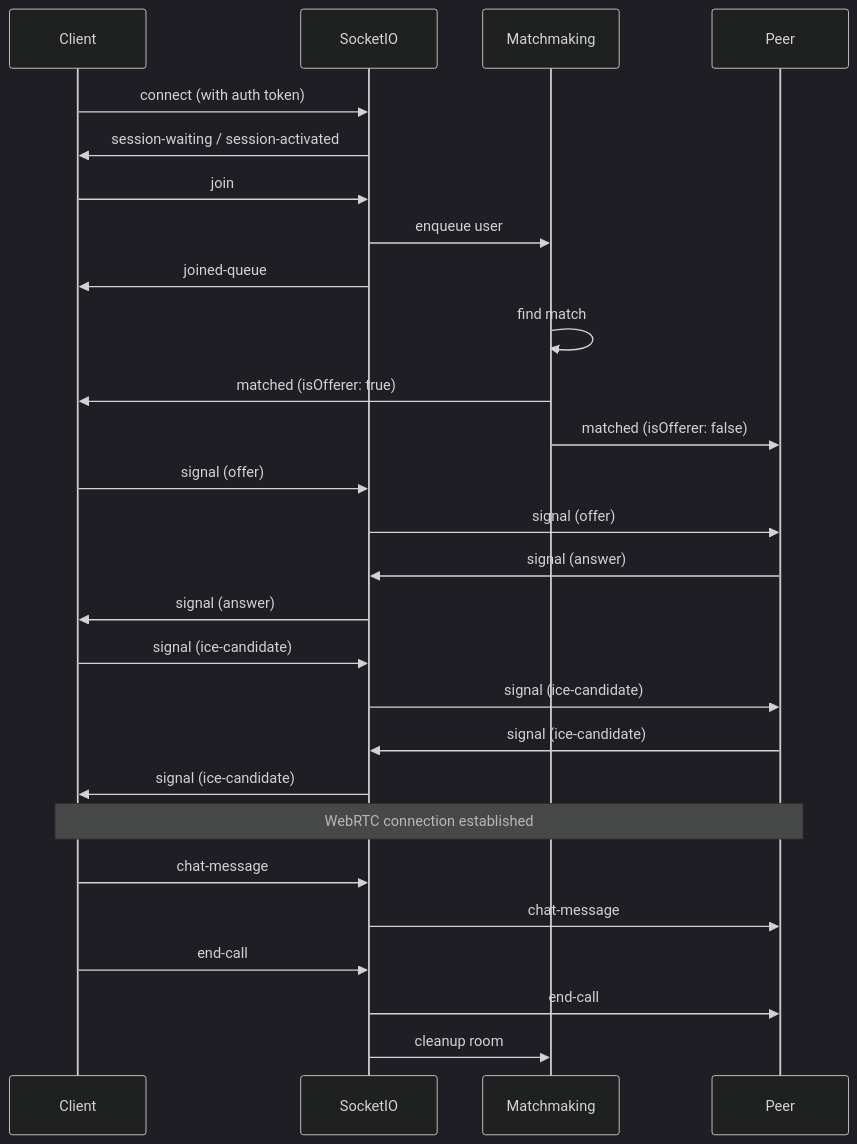
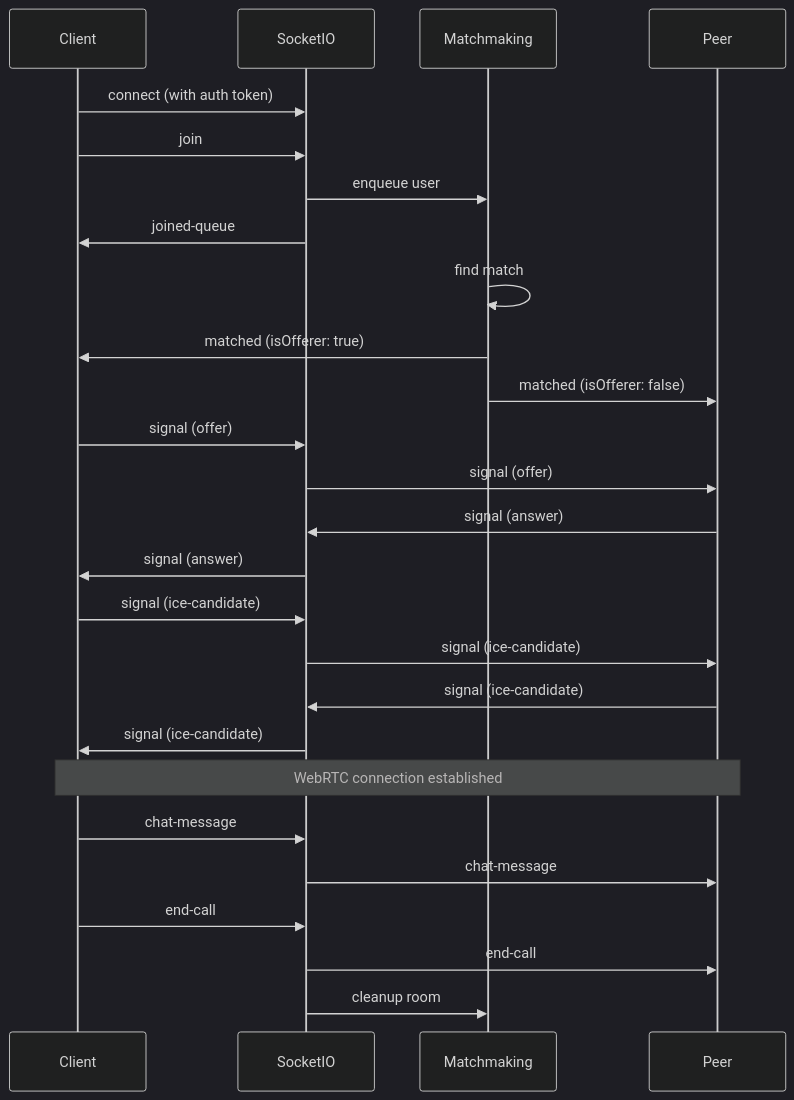
The third of 8 diagrams in apps/web/docs/architecture.md (mewisme/linky), drawn with Mermaid (dark theme) before and after one commit. The commit also changed other lines of this file and 12 other files, not shown here.

````diff
--- a/apps/web/docs/architecture.md
+++ b/apps/web/docs/architecture.md
@@ -71,37 +71,35 @@
 ```mermaid
 sequenceDiagram
     participant Client
     participant SocketIO
     participant Matchmaking
     participant Peer
 
     Client->>SocketIO: connect (with auth token)
-    SocketIO->>Client: session-waiting / session-activated
-    
     Client->>SocketIO: join
     SocketIO->>Matchmaking: enqueue user
     SocketIO->>Client: joined-queue
     
     Matchmaking->>Matchmaking: find match
     Matchmaking->>Client: matched (isOfferer: true)
     Matchmaking->>Peer: matched (isOfferer: false)
     
     Client->>SocketIO: signal (offer)
     SocketIO->>Peer: signal (offer)
     Peer->>SocketIO: signal (answer)
     SocketIO->>Client: signal (answer)
     
     Client->>SocketIO: signal (ice-candidate)
     SocketIO->>Peer: signal (ice-candidate)
     Peer->>SocketIO: signal (ice-candidate)
     SocketIO->>Client: signal (ice-candidate)
     
     Note over Client,Peer: WebRTC connection established
     
     Client->>SocketIO: chat-message
     SocketIO->>Peer: chat-message
     
     Client->>SocketIO: end-call
     SocketIO->>Peer: end-call
     SocketIO->>Matchmaking: cleanup room
 ```
````
